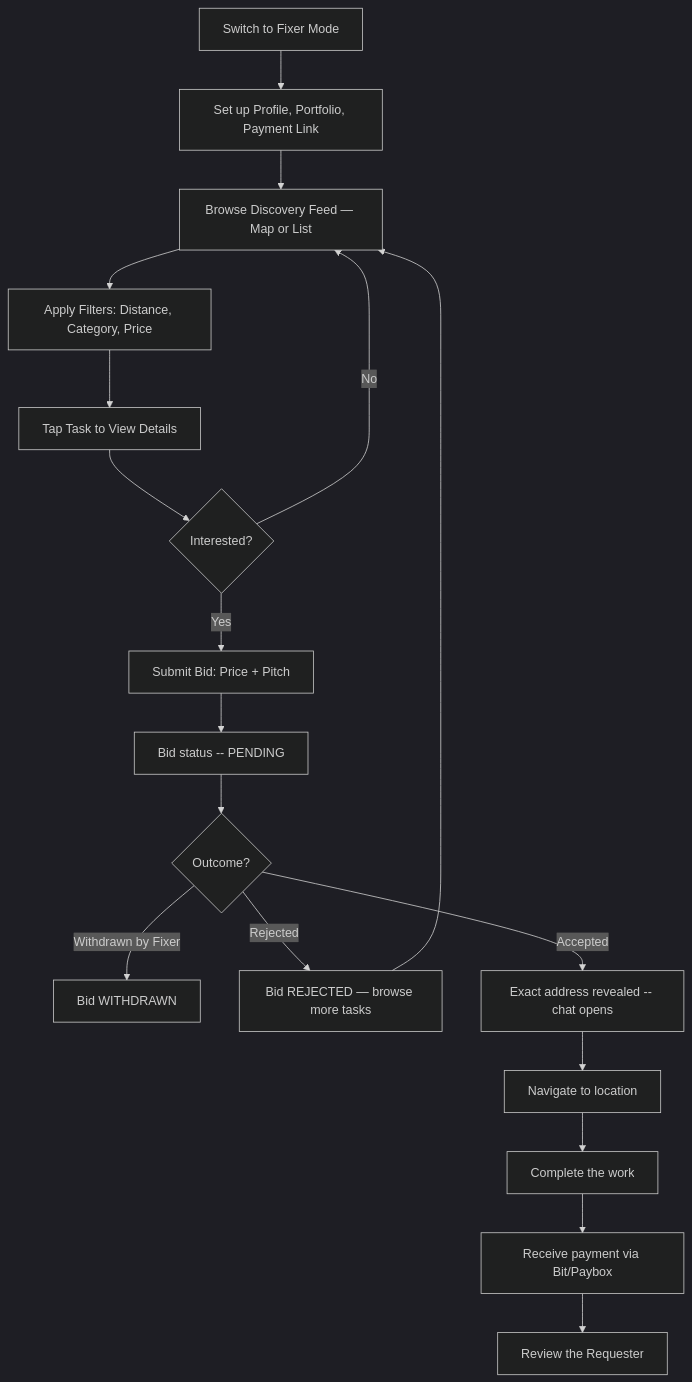
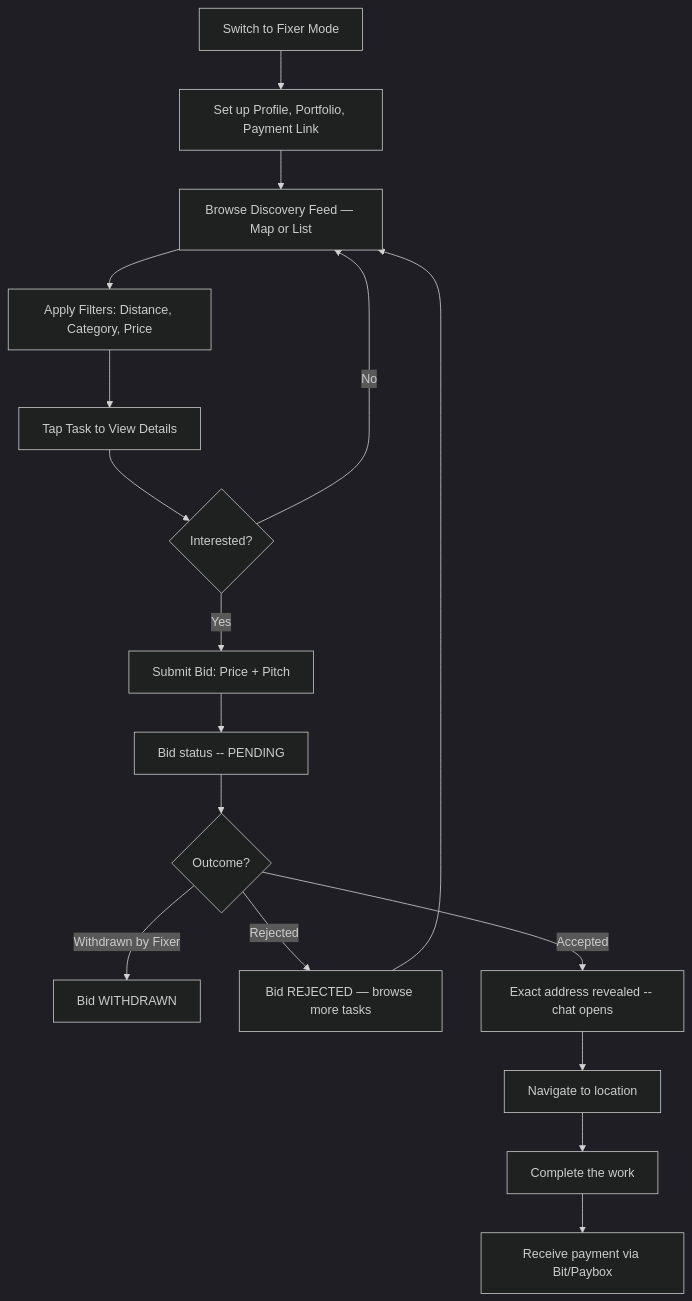
Before and after one commit to GuyStein1/CSFinalProject: the fourth of 5 diagrams in docs/05_User_Flows.md, drawn with Mermaid (dark theme). The commit also changed other lines of this file and 10 other files, not shown here.

First line of the commit message:
docs: complete planning phase — finalize all architecture docs and development plan

````diff
--- a/docs/05_User_Flows.md
+++ b/docs/05_User_Flows.md
@@ -279,20 +284,19 @@
 ```mermaid
 flowchart TD
     A[Switch to Fixer Mode] --> B[Set up Profile, Portfolio, Payment Link]
     B --> C[Browse Discovery Feed — Map or List]
     C --> D[Apply Filters: Distance, Category, Price]
     D --> E[Tap Task to View Details]
     E --> F{Interested?}
     F -- No --> C
     F -- Yes --> G[Submit Bid: Price + Pitch]
     G --> H[Bid status -- PENDING]
     H --> I{Outcome?}
     I -- Withdrawn by Fixer --> J[Bid WITHDRAWN]
     I -- Rejected --> K[Bid REJECTED — browse more tasks]
     K --> C
     I -- Accepted --> L[Exact address revealed -- chat opens]
     L --> M[Navigate to location]
     M --> N[Complete the work]
     N --> O[Receive payment via Bit/Paybox]
-    O --> P[Review the Requester]
 ```
````
